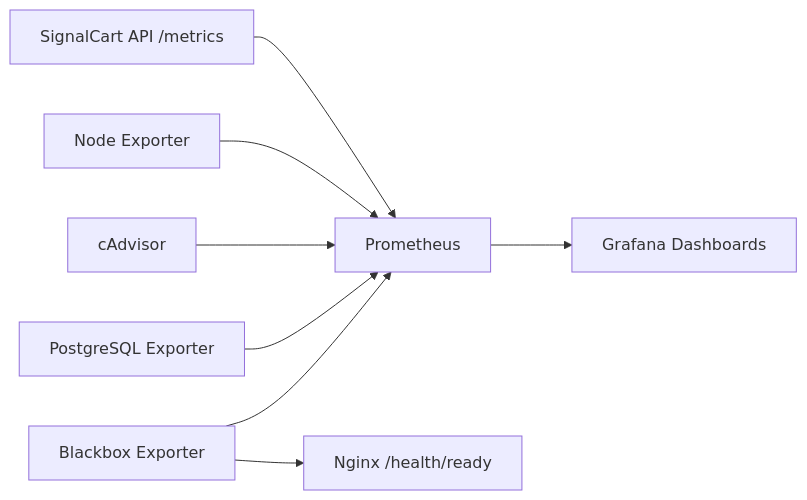
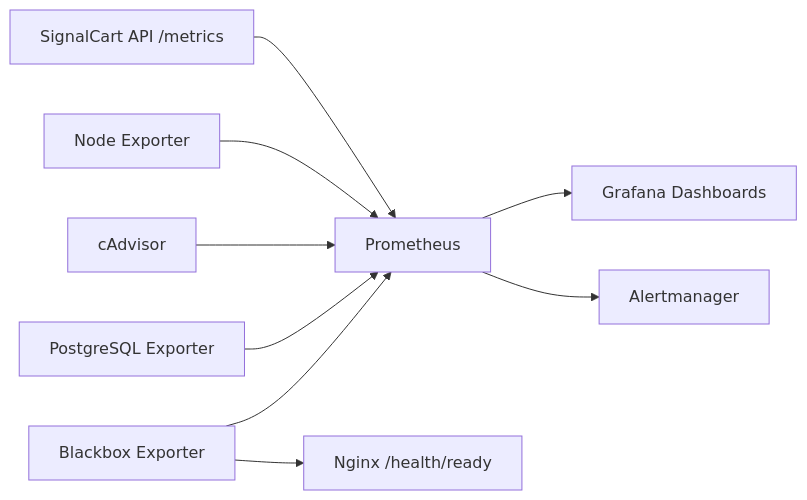
Before and after one commit to angelsediez/signalcart-observability-lab: the second of 2 diagrams in docs/architecture.md, drawn with Mermaid. The commit also changed other lines of this file and 72 other files, not shown here.

````diff
--- a/docs/architecture.md
+++ b/docs/architecture.md
@@ -20,10 +20,11 @@
 ```mermaid
 flowchart LR
     API[SignalCart API /metrics] --> Prometheus[Prometheus]
     Node[Node Exporter] --> Prometheus
     Cadvisor[cAdvisor] --> Prometheus
     PG[PostgreSQL Exporter] --> Prometheus
     Blackbox[Blackbox Exporter] --> Prometheus
     Blackbox --> Nginx[Nginx /health/ready]
     Prometheus --> Grafana[Grafana Dashboards]
+    Prometheus --> Alertmanager[Alertmanager]
 ```
````
